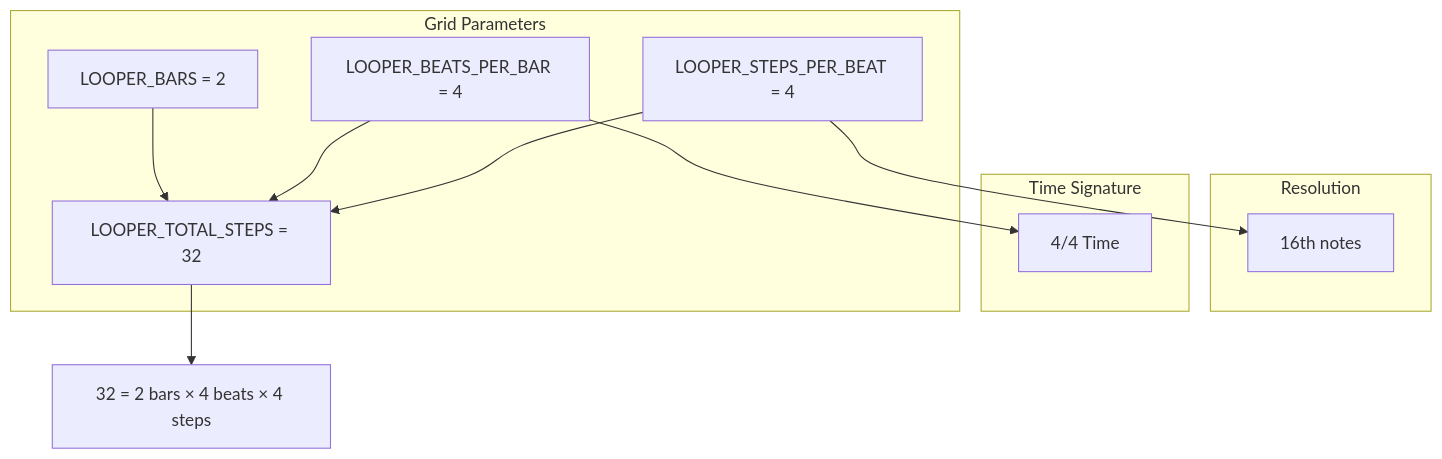
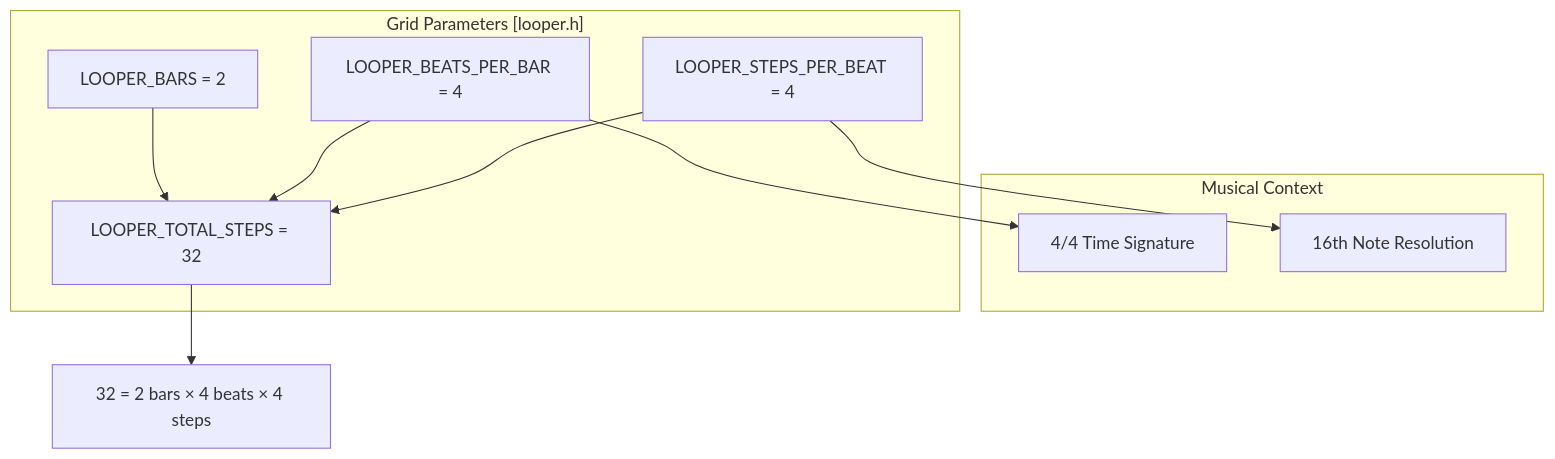
One commit to Jus-Be/orinayo-pico changed the second of 6 diagrams in wiki/5.2-step-sequencer.md. Above: the diagram before and after it, drawn with Mermaid. The commit also changed other lines of this file and 42 other files, not shown here.

````diff
--- a/wiki/5.2-step-sequencer.md
+++ b/wiki/5.2-step-sequencer.md
@@ -153,33 +161,30 @@
 ```mermaid
 flowchart TD
 
 Bars["LOOPER_BARS = 2"]
 BeatsPerBar["LOOPER_BEATS_PER_BAR = 4"]
 StepsPerBeat["LOOPER_STEPS_PER_BEAT = 4"]
 TotalSteps["LOOPER_TOTAL_STEPS = 32"]
-TS["4/4 Time"]
-Res["16th notes"]
+TS["4/4 Time Signature"]
+Res["16th Note Resolution"]
 Calculation["32 = 2 bars × 4 beats × 4 steps"]
 
 TotalSteps --> Calculation
 BeatsPerBar --> TS
 StepsPerBeat --> Res
 
-subgraph Resolution ["Resolution"]
+subgraph subGraph1 ["Musical Context"]
+    TS
     Res
 end
 
-subgraph subGraph1 ["Time Signature"]
-    TS
-end
-
-subgraph subGraph0 ["Grid Parameters"]
+subgraph subGraph0 ["Grid Parameters [looper.h]"]
     Bars
     BeatsPerBar
     StepsPerBeat
     TotalSteps
     Bars --> TotalSteps
     BeatsPerBar --> TotalSteps
     StepsPerBeat --> TotalSteps
 end
 ```
````
